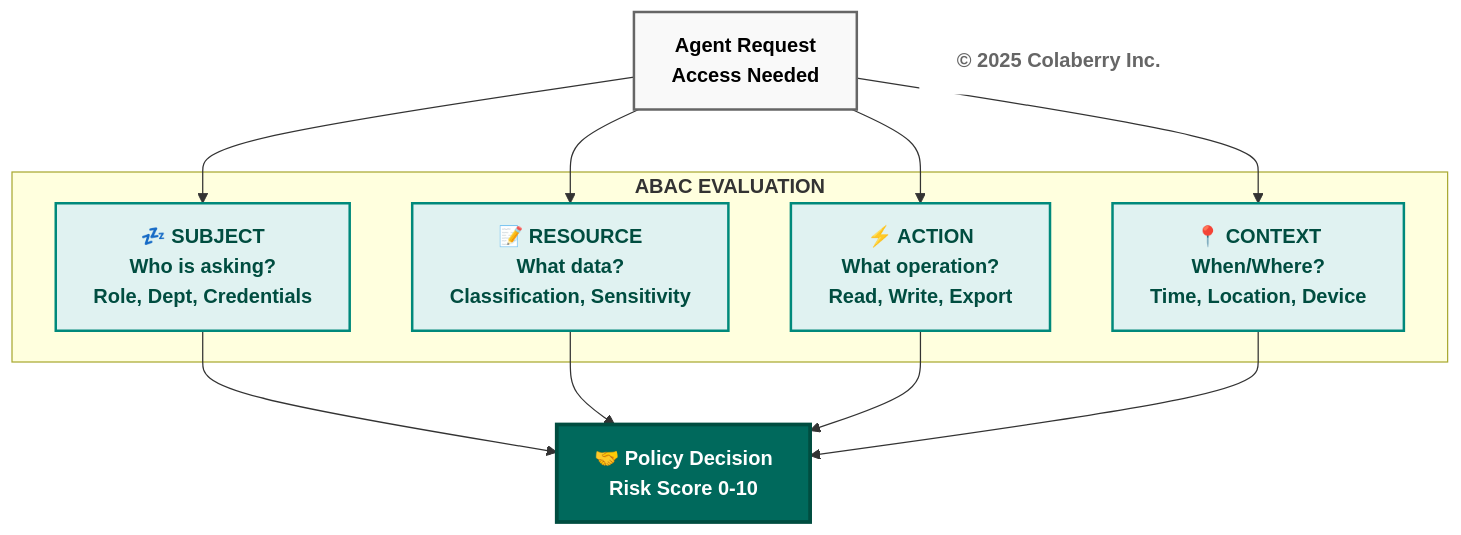
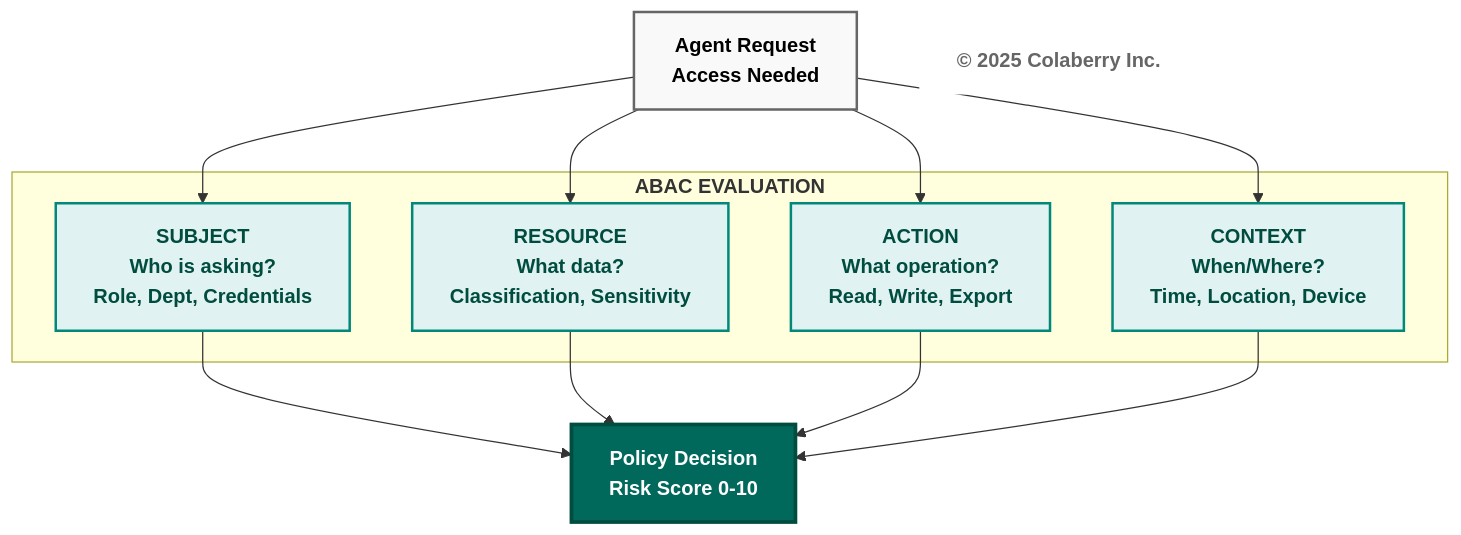
One commit to saitejesh-cyber/trust-before-intelligence-book changed the fifth of 14 diagrams in manuscript/07_chapter_6_transparency_orchestration_layers.md. Above: the diagram before and after it, drawn with Mermaid. The commit also changed other lines of this file and 2 other files, not shown here.

````diff
--- a/manuscript/07_chapter_6_transparency_orchestration_layers.md
+++ b/manuscript/07_chapter_6_transparency_orchestration_layers.md
@@ -412,32 +432,32 @@
 ```mermaid
 graph TB
     Query["<b>Agent Request</b><br/><b>Access Needed</b>"]
     
     subgraph "<b>ABAC EVALUATION</b>"
-        S["<b>💤 SUBJECT</b><br/><b>Who is asking?</b><br/><b>Role, Dept, Credentials</b>"]
-        R["<b>📝 RESOURCE</b><br/><b>What data?</b><br/><b>Classification, Sensitivity</b>"]
-        A["<b>⚡ ACTION</b><br/><b>What operation?</b><br/><b>Read, Write, Export</b>"]
-        C["<b>📍 CONTEXT</b><br/><b>When/Where?</b><br/><b>Time, Location, Device</b>"]
+        S["<b>SUBJECT</b><br/><b>Who is asking?</b><br/><b>Role, Dept, Credentials</b>"]
+        R["<b>RESOURCE</b><br/><b>What data?</b><br/><b>Classification, Sensitivity</b>"]
+        A["<b>ACTION</b><br/><b>What operation?</b><br/><b>Read, Write, Export</b>"]
+        C["<b>CONTEXT</b><br/><b>When/Where?</b><br/><b>Time, Location, Device</b>"]
     end
     
-    Policy["<b>🤝 Policy Decision</b><br/><b>Risk Score 0-10</b>"]
+    Policy["<b>Policy Decision</b><br/><b>Risk Score 0-10</b>"]
     
     Copyright["<b>© 2025 Colaberry Inc.</b>"]
     
     Query --> S
     Query --> R
     Query --> A
     Query --> C
     S --> Policy
     R --> Policy
     A --> Policy
     C --> Policy
     
     style Query fill:#f9f9f9,stroke:#666666,stroke-width:2px,color:#000000
     style S fill:#e0f2f1,stroke:#00897b,stroke-width:2px,color:#004d40
     style R fill:#e0f2f1,stroke:#00897b,stroke-width:2px,color:#004d40
     style A fill:#e0f2f1,stroke:#00897b,stroke-width:2px,color:#004d40
     style C fill:#e0f2f1,stroke:#00897b,stroke-width:2px,color:#004d40
     style Policy fill:#00695c,color:#ffffff,stroke:#004d40,stroke-width:3px
     style Copyright fill:#ffffff,stroke:none,color:#666666
 ```
````
